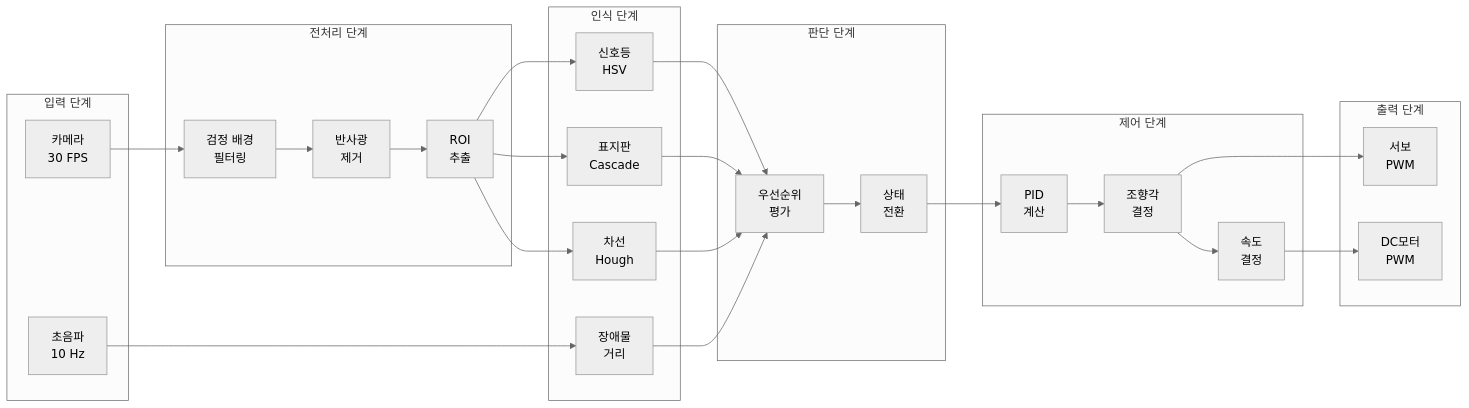
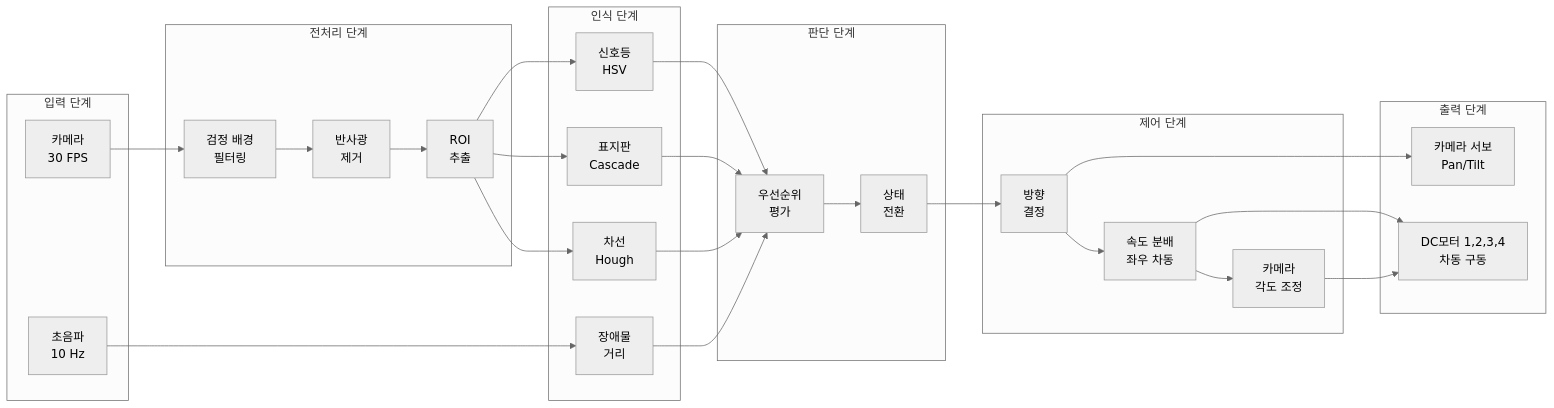
Diagram 23 of 44 in 06_final_self_driving/_1단계_요구사항_분석.md (Collegenie-X/Raspbot-v2-self-driving-car), drawn with Mermaid (neutral theme) before and after one commit. The commit also changed other lines of this file and 5 other files, not shown here.

````diff
--- a/06_final_self_driving/_1단계_요구사항_분석.md
+++ b/06_final_self_driving/_1단계_요구사항_분석.md
@@ -902,57 +937,58 @@
 ```mermaid
 flowchart LR
     subgraph "입력 단계"
         A1[카메라<br/>30 FPS]
         A2[초음파<br/>10 Hz]
     end
     
     subgraph "전처리 단계"
         B1[검정 배경<br/>필터링]
         B2[반사광<br/>제거]
         B3[ROI<br/>추출]
     end
     
     subgraph "인식 단계"
         C1[신호등<br/>HSV]
         C2[표지판<br/>Cascade]
         C3[차선<br/>Hough]
         C4[장애물<br/>거리]
     end
     
     subgraph "판단 단계"
         D1[우선순위<br/>평가]
         D2[상태<br/>전환]
     end
     
     subgraph "제어 단계"
-        E1[PID<br/>계산]
-        E2[조향각<br/>결정]
-        E3[속도<br/>결정]
+        E1[방향<br/>결정]
+        E2[속도 분배<br/>좌우 차동]
+        E3[카메라<br/>각도 조정]
     end
     
     subgraph "출력 단계"
-        F1[서보<br/>PWM]
-        F2[DC모터<br/>PWM]
+        F1[카메라 서보<br/>Pan/Tilt]
+        F2[DC모터 1,2,3,4<br/>차동 구동]
     end
     
     A1 --> B1
     B1 --> B2
     B2 --> B3
     B3 --> C1
     B3 --> C2
     B3 --> C3
     A2 --> C4
     
     C1 --> D1
     C2 --> D1
     C3 --> D1
     C4 --> D1
     
     D1 --> D2
     D2 --> E1
     E1 --> E2
     E2 --> E3
     
-    E2 --> F1
+    E1 --> F1
+    E2 --> F2
     E3 --> F2
 ```
````
